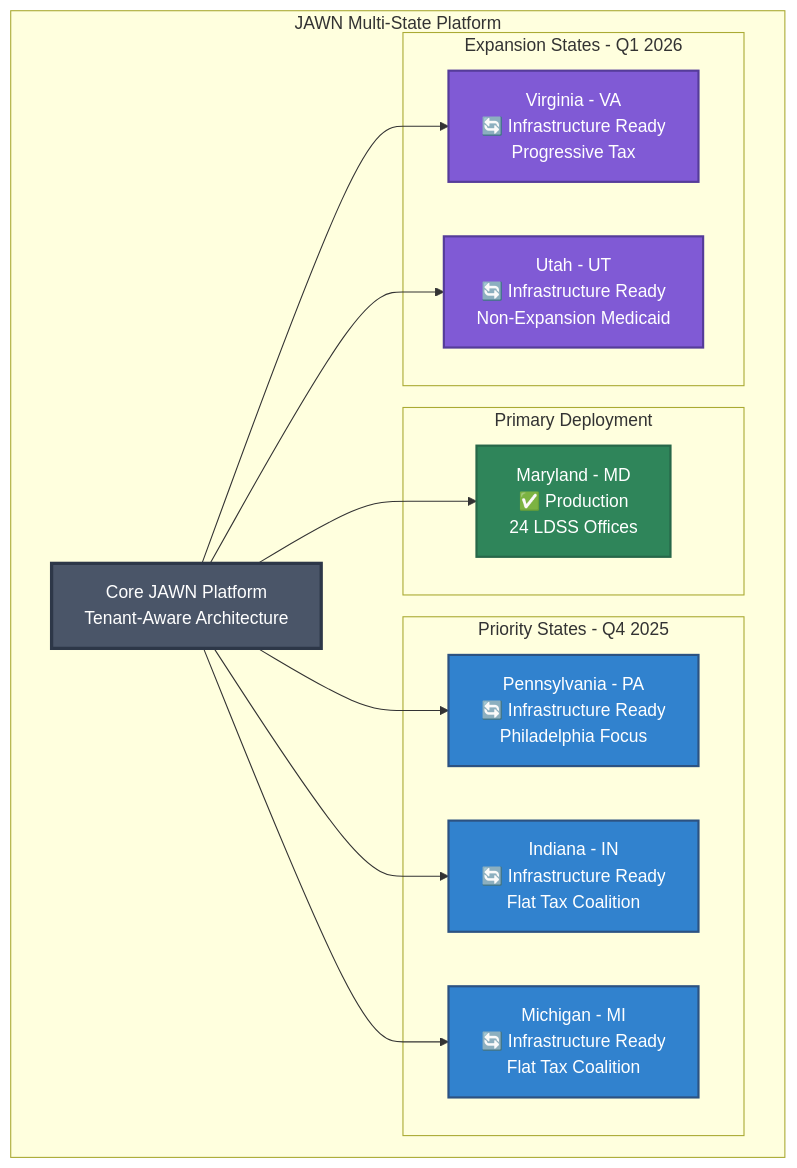
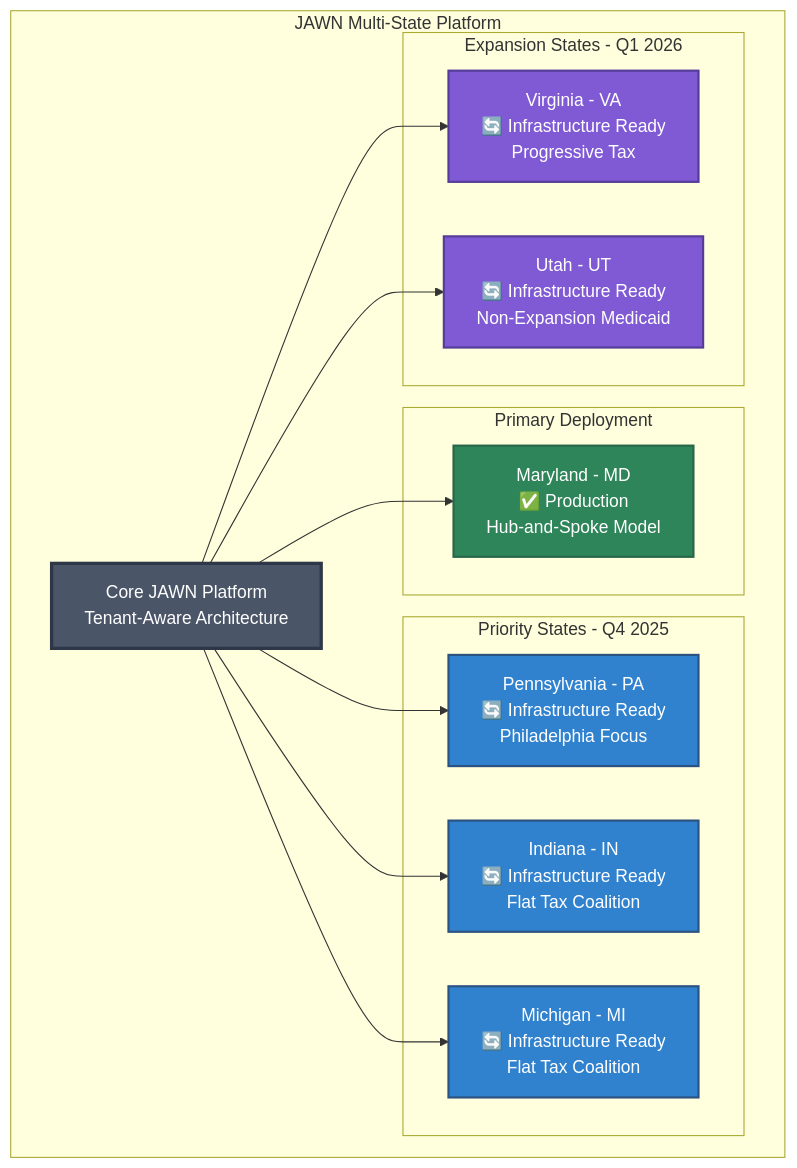
One commit to Nash0984/JAWN changed the first of 3 diagrams in README.md. Above: the diagram before and after it, drawn with Mermaid. The commit also changed other lines of this file and 10 other files, not shown here.

````diff
--- a/README.md
+++ b/README.md
@@ -20,36 +20,36 @@
 ```mermaid
 graph TB
     subgraph "JAWN Multi-State Platform"
         CORE[Core JAWN Platform<br/>Tenant-Aware Architecture]
         
         subgraph "Primary Deployment"
-            MD[Maryland - MD<br/>✅ Production<br/>24 LDSS Offices]
+            MD[Maryland - MD<br/>✅ Production<br/>Hub-and-Spoke Model]
         end
         
         subgraph "Priority States - Q4 2025"
             PA[Pennsylvania - PA<br/>🔄 Infrastructure Ready<br/>Philadelphia Focus]
             IN[Indiana - IN<br/>🔄 Infrastructure Ready<br/>Flat Tax Coalition]
             MI[Michigan - MI<br/>🔄 Infrastructure Ready<br/>Flat Tax Coalition]
         end
         
         subgraph "Expansion States - Q1 2026"
             VA[Virginia - VA<br/>🔄 Infrastructure Ready<br/>Progressive Tax]
             UT[Utah - UT<br/>🔄 Infrastructure Ready<br/>Non-Expansion Medicaid]
         end
         
         CORE --> MD
         CORE --> PA
         CORE --> IN
         CORE --> MI
         CORE --> VA
         CORE --> UT
     end
     
     style CORE fill:#4A5568,stroke:#2D3748,stroke-width:3px,color:#fff
     style MD fill:#2F855A,stroke:#276749,stroke-width:2px,color:#fff
     style PA fill:#3182CE,stroke:#2C5282,stroke-width:2px,color:#fff
     style IN fill:#3182CE,stroke:#2C5282,stroke-width:2px,color:#fff
     style MI fill:#3182CE,stroke:#2C5282,stroke-width:2px,color:#fff
     style VA fill:#805AD5,stroke:#553C9A,stroke-width:2px,color:#fff
     style UT fill:#805AD5,stroke:#553C9A,stroke-width:2px,color:#fff
 ```
````
